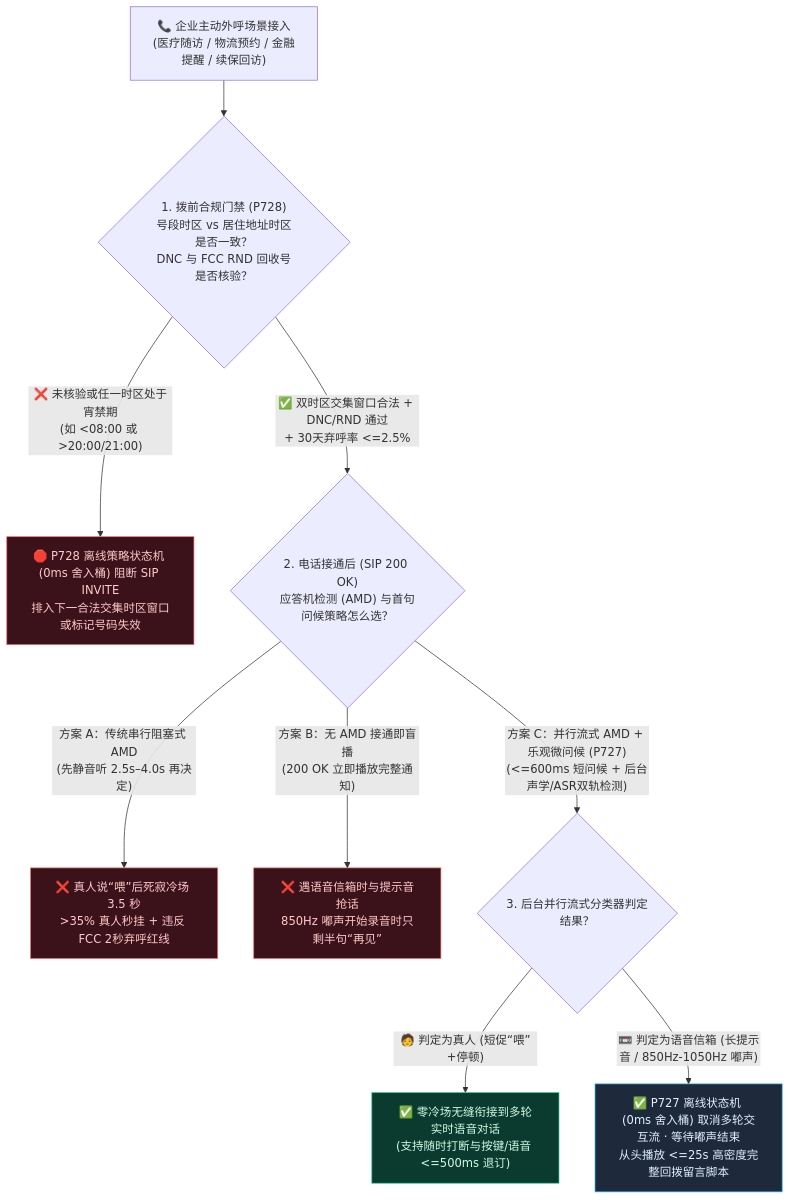
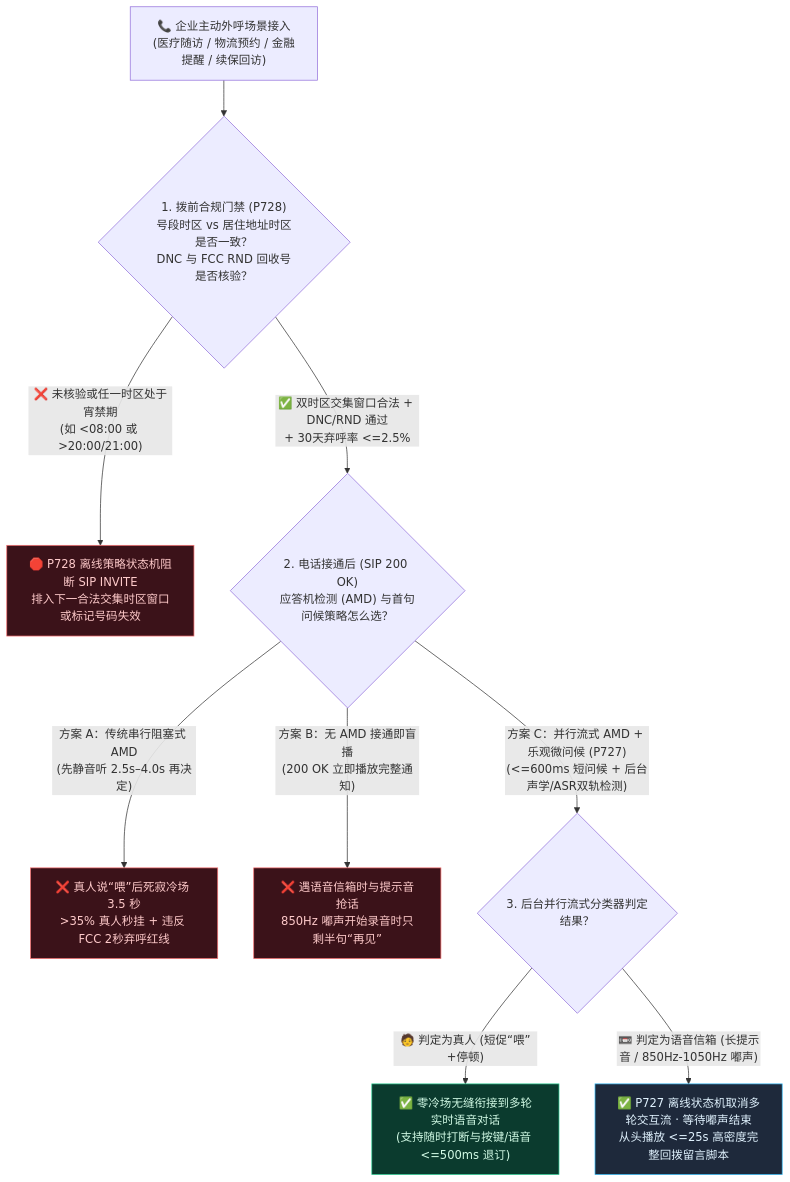
The first of 3 diagrams in voice/outbound-amd-voicemail-tcpa-faq.md (turbo998/turbo998.github.io), drawn with Mermaid before and after one commit. The commit also changed other lines of this file and 43 other files, not shown here.

````diff
--- a/voice/outbound-amd-voicemail-tcpa-faq.md
+++ b/voice/outbound-amd-voicemail-tcpa-faq.md
@@ -67,17 +67,17 @@
 ```mermaid
 flowchart TD
     A["📞 企业主动外呼场景接入<br/>(医疗随访 / 物流预约 / 金融提醒 / 续保回访)"] --> B{"1. 拨前合规门禁 (P728)<br/>号段时区 vs 居住地址时区是否一致？<br/>DNC 与 FCC RND 回收号是否核验？"}
-    B -- "❌ 未核验或任一时区处于宵禁期<br/>(如 <08:00 或 >20:00/21:00)" --> C["🛑 P728 离线策略状态机 (0ms 舍入桶) 阻断 SIP INVITE<br/>排入下一合法交集时区窗口或标记号码失效"]
+    B -- "❌ 未核验或任一时区处于宵禁期<br/>(如 <08:00 或 >20:00/21:00)" --> C["🛑 P728 离线策略状态机阻断 SIP INVITE<br/>排入下一合法交集时区窗口或标记号码失效"]
     B -- "✅ 双时区交集窗口合法 + DNC/RND 通过<br/>+ 30天弃呼率 <=2.5%" --> D{"2. 电话接通后 (SIP 200 OK)<br/>应答机检测 (AMD) 与首句问候策略怎么选？"}
     D -- "方案 A：传统串行阻塞式 AMD<br/>(先静音听 2.5s–4.0s 再决定)" --> E["❌ 真人说“喂”后死寂冷场 3.5 秒<br/>>35% 真人秒挂 + 违反 FCC 2秒弃呼红线"]
     D -- "方案 B：无 AMD 接通即盲播<br/>(200 OK 立即播放完整通知)" --> F["❌ 遇语音信箱时与提示音抢话<br/>850Hz 嘟声开始录音时只剩半句“再见”"]
     D -- "方案 C：并行流式 AMD + 乐观微问候 (P727)<br/>(<=600ms 短问候 + 后台声学/ASR双轨检测)" --> G{"3. 后台并行流式分类器判定结果？"}
     G -- "🧑 判定为真人 (短促“喂”+停顿)" --> H["✅ 零冷场无缝衔接到多轮实时语音对话<br/>(支持随时打断与按键/语音 <=500ms 退订)"]
-    G -- "📼 判定为语音信箱 (长提示音 / 850Hz-1050Hz 嘟声)" --> I["✅ P727 离线状态机 (0ms 舍入桶) 取消多轮交互流 · 等待嘟声结束<br/>从头播放 <=25s 高密度完整回拨留言脚本"]
+    G -- "📼 判定为语音信箱 (长提示音 / 850Hz-1050Hz 嘟声)" --> I["✅ P727 离线状态机取消多轮交互流 · 等待嘟声结束<br/>从头播放 <=25s 高密度完整回拨留言脚本"]
 
     style C fill:#3b1219,stroke:#f87171,color:#fecaca
     style E fill:#3b1219,stroke:#f87171,color:#fecaca
     style F fill:#3b1219,stroke:#f87171,color:#fecaca
     style H fill:#0b3b2e,stroke:#34d399,color:#d1fae5
     style I fill:#1e293b,stroke:#38bdf8,color:#e0f2fe
 ```
````
